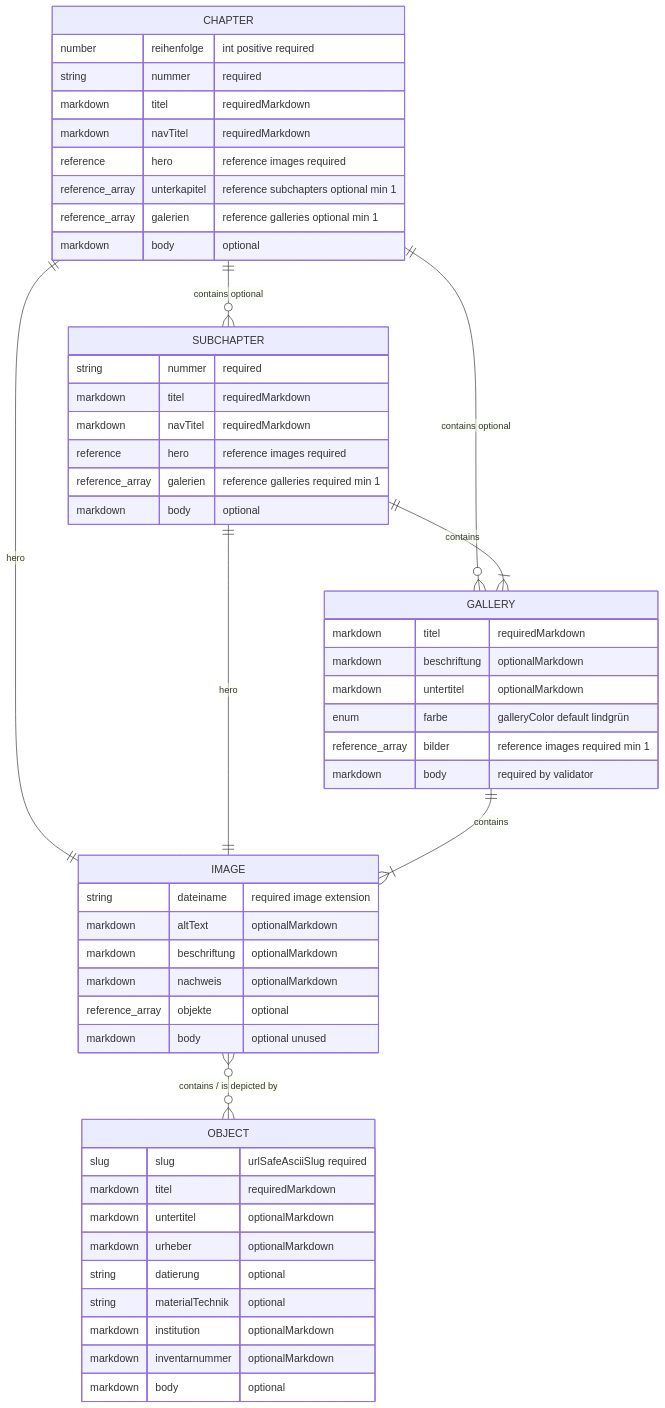
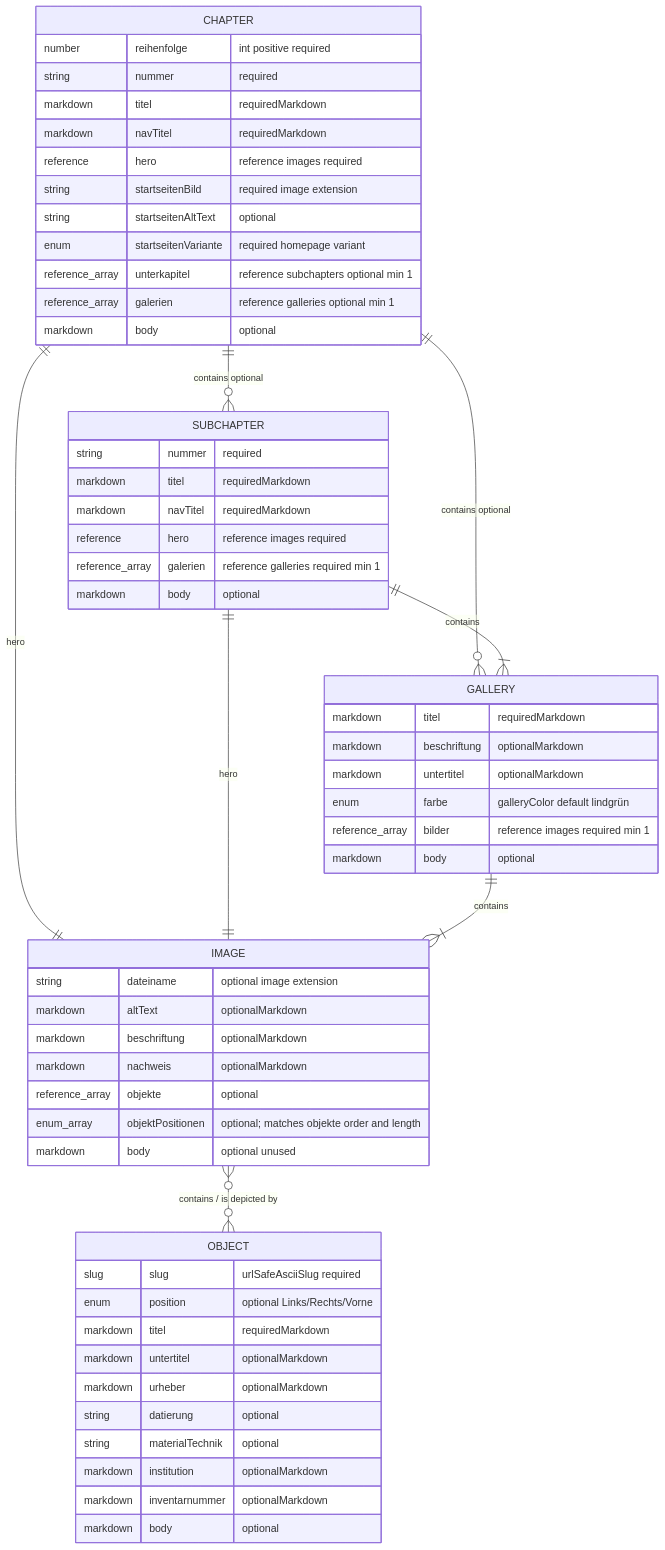
The diagram in docs/content-model.md (Theodor-Springmann-Stiftung/hebel-ausstellung), drawn with Mermaid before and after one commit. The commit also changed other lines of this file and 1 other file, not shown here.

Commit message:
FIX: add. Text bei Objekten

````diff
--- a/docs/content-model.md
+++ b/docs/content-model.md
@@ -267,60 +280,65 @@
 ```mermaid
 erDiagram
   CHAPTER ||--o{ SUBCHAPTER : "contains optional"
   CHAPTER ||--o{ GALLERY : "contains optional"
   CHAPTER ||--|| IMAGE : "hero"
   SUBCHAPTER ||--|{ GALLERY : "contains"
   SUBCHAPTER ||--|| IMAGE : "hero"
   GALLERY ||--|{ IMAGE : "contains"
   IMAGE }o--o{ OBJECT : "contains / is depicted by"
 
   CHAPTER {
     number reihenfolge "int positive required"
     string nummer "required"
     markdown titel "requiredMarkdown"
     markdown navTitel "requiredMarkdown"
     reference hero "reference images required"
+    string startseitenBild "required image extension"
+    string startseitenAltText "optional"
+    enum startseitenVariante "required homepage variant"
     reference_array unterkapitel "reference subchapters optional min 1"
     reference_array galerien "reference galleries optional min 1"
     markdown body "optional"
   }
 
   SUBCHAPTER {
     string nummer "required"
     markdown titel "requiredMarkdown"
     markdown navTitel "requiredMarkdown"
     reference hero "reference images required"
     reference_array galerien "reference galleries required min 1"
     markdown body "optional"
   }
 
   GALLERY {
     markdown titel "requiredMarkdown"
     markdown beschriftung "optionalMarkdown"
     markdown untertitel "optionalMarkdown"
     enum farbe "galleryColor default lindgrün"
     reference_array bilder "reference images required min 1"
-    markdown body "required by validator"
+    markdown body "optional"
   }
 
   IMAGE {
-    string dateiname "required image extension"
+    string dateiname "optional image extension"
     markdown altText "optionalMarkdown"
     markdown beschriftung "optionalMarkdown"
     markdown nachweis "optionalMarkdown"
     reference_array objekte "optional"
+    enum_array objektPositionen "optional; matches objekte order and length"
     markdown body "optional unused"
   }
 
   OBJECT {
     slug slug "urlSafeAsciiSlug required"
+    enum position "optional Links/Rechts/Vorne"
     markdown titel "requiredMarkdown"
     markdown untertitel "optionalMarkdown"
     markdown urheber "optionalMarkdown"
     string datierung "optional"
     string materialTechnik "optional"
     markdown institution "optionalMarkdown"
     markdown inventarnummer "optionalMarkdown"
     markdown body "optional"
   }
 ```
````
